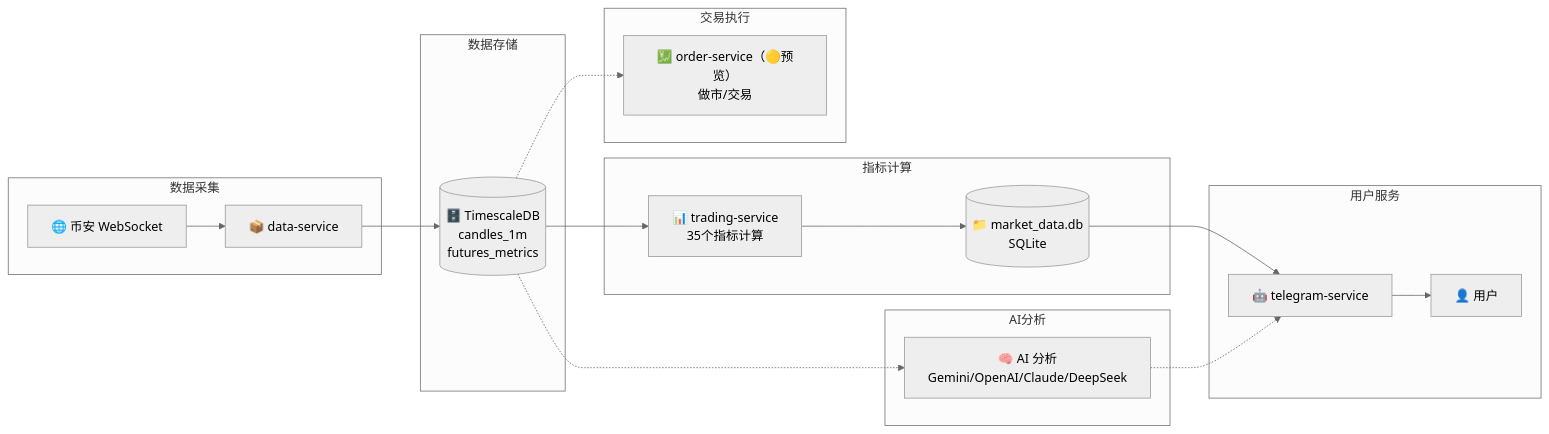
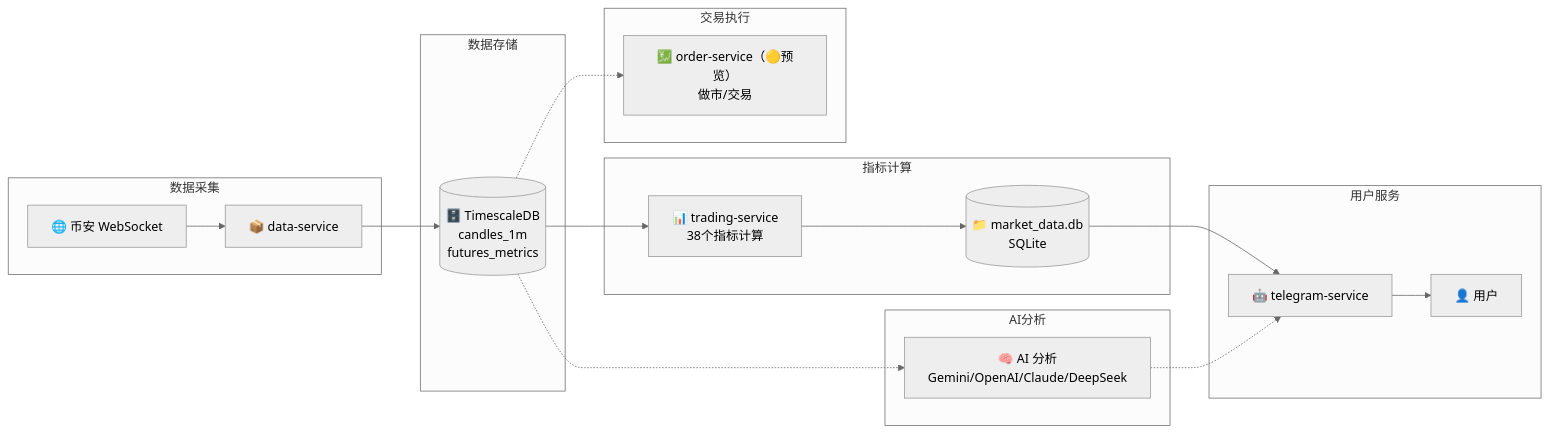
The second of 2 diagrams in README.md (RogerYet/tradecat), drawn with Mermaid (neutral theme) before and after one commit. The commit also changed other lines of this file and 1 other file, not shown here.

````diff
--- a/README.md
+++ b/README.md
@@ -539,29 +540,29 @@
 ```mermaid
 graph LR
     subgraph 数据采集
         A["🌐 币安 WebSocket"] --> B["📦 data-service"]
     end
     
     subgraph 数据存储
         B --> C[("🗄️ TimescaleDB<br>candles_1m<br>futures_metrics")]
     end
     
     subgraph 指标计算
-        C --> D["📊 trading-service<br>35个指标计算"]
+        C --> D["📊 trading-service<br>38个指标计算"]
         D --> E[("📁 market_data.db<br>SQLite")]
     end
     
     subgraph 用户服务
         E --> F["🤖 telegram-service"]
         F --> G["👤 用户"]
     end
     
     subgraph AI分析
         C -.-> H["🧠 AI 分析<br>Gemini/OpenAI/Claude/DeepSeek"]
         H -.-> F
     end
     
     subgraph 交易执行
         C -.-> I["💹 order-service（🟡预览）<br>做市/交易"]
     end
 ```
````
